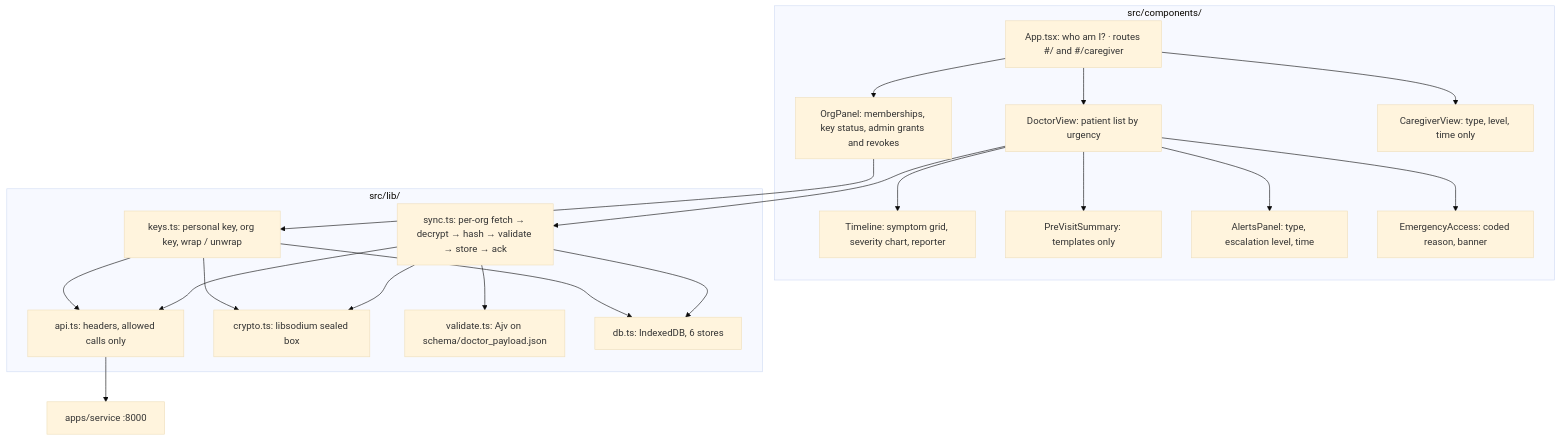
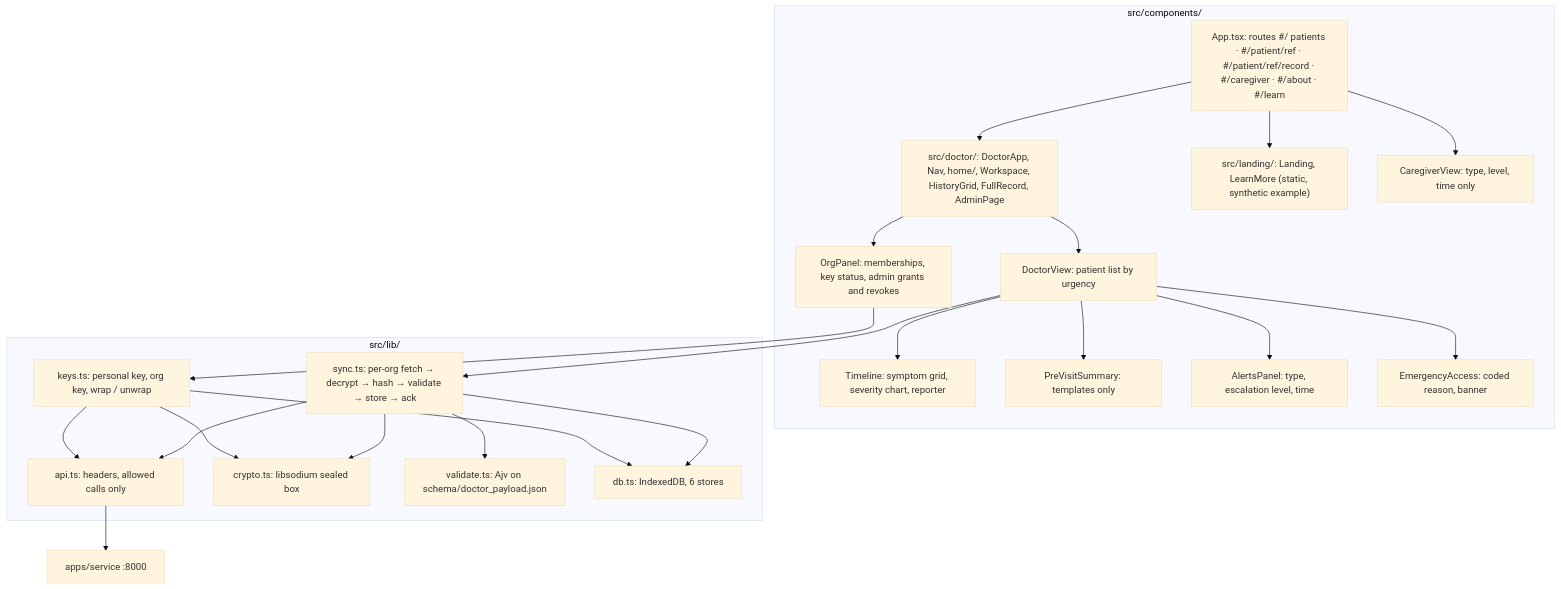
The fourth of 4 diagrams in apps/doctor-web/ARCHITECTURE.md (Poornimatagaram/SafeSignal), drawn with Mermaid (base theme) before and after one commit. The commit also changed other lines of this file and 42 other files, not shown here.

````diff
--- a/apps/doctor-web/ARCHITECTURE.md
+++ b/apps/doctor-web/ARCHITECTURE.md
@@ -80,27 +81,30 @@
 ```mermaid
 flowchart TB
   subgraph UI["src/components/"]
-    APP["App.tsx: who am I? · routes #/ and #/caregiver"]
+    APP["App.tsx: routes #/ patients · #/patient/ref · #/patient/ref/record · #/caregiver · #/about · #/learn"]
+    DOC["src/doctor/: DoctorApp, Nav, home/, Workspace, HistoryGrid, FullRecord, AdminPage"]
+    LAND["src/landing/: Landing, LearnMore (static, synthetic example)"]
     ORG["OrgPanel: memberships, key status, admin grants and revokes"]
     DVIEW["DoctorView: patient list by urgency"]
     TL["Timeline: symptom grid, severity chart, reporter"]
     SUM["PreVisitSummary: templates only"]
     AL["AlertsPanel: type, escalation level, time"]
     EM["EmergencyAccess: coded reason, banner"]
     CGV["CaregiverView: type, level, time only"]
   end
   subgraph LIB["src/lib/"]
     KEYS["keys.ts: personal key, org key, wrap / unwrap"]
     SYNC["sync.ts: per-org fetch → decrypt → hash → validate → store → ack"]
     API["api.ts: headers, allowed calls only"]
     CRY["crypto.ts: libsodium sealed box"]
     VAL["validate.ts: Ajv on schema/doctor_payload.json"]
     DB["db.ts: IndexedDB, 6 stores"]
   end
-  APP --> ORG & DVIEW & CGV
+  APP --> DOC & LAND & CGV
+  DOC --> ORG & DVIEW
   DVIEW --> TL & SUM & AL & EM
   ORG --> KEYS
   DVIEW --> SYNC --> API & CRY & VAL & DB
   KEYS --> API & CRY & DB
   API --> SVC["apps/service :8000"]
 ```
````
